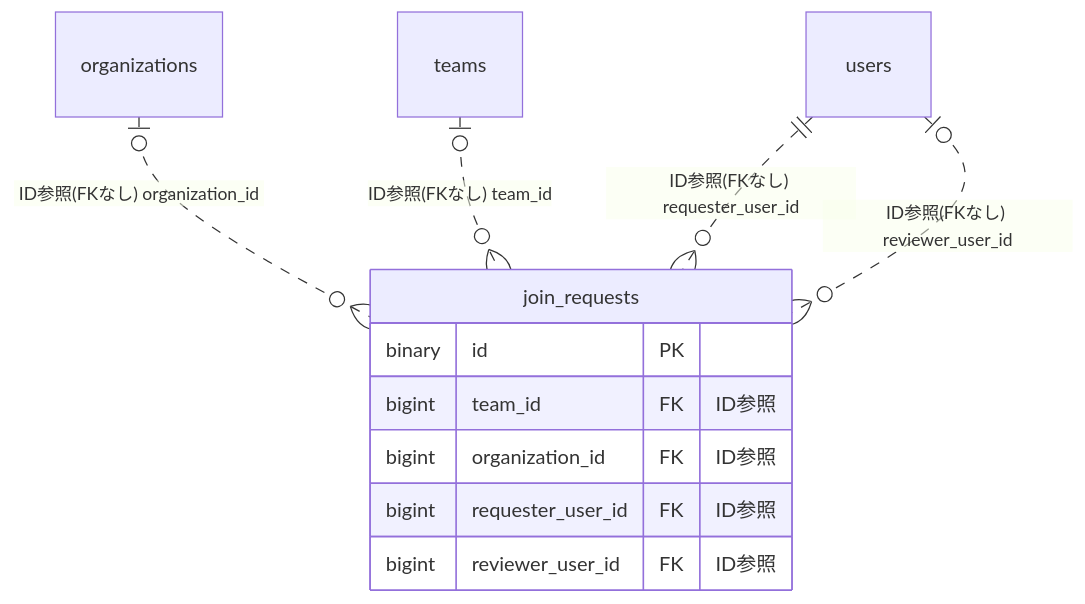
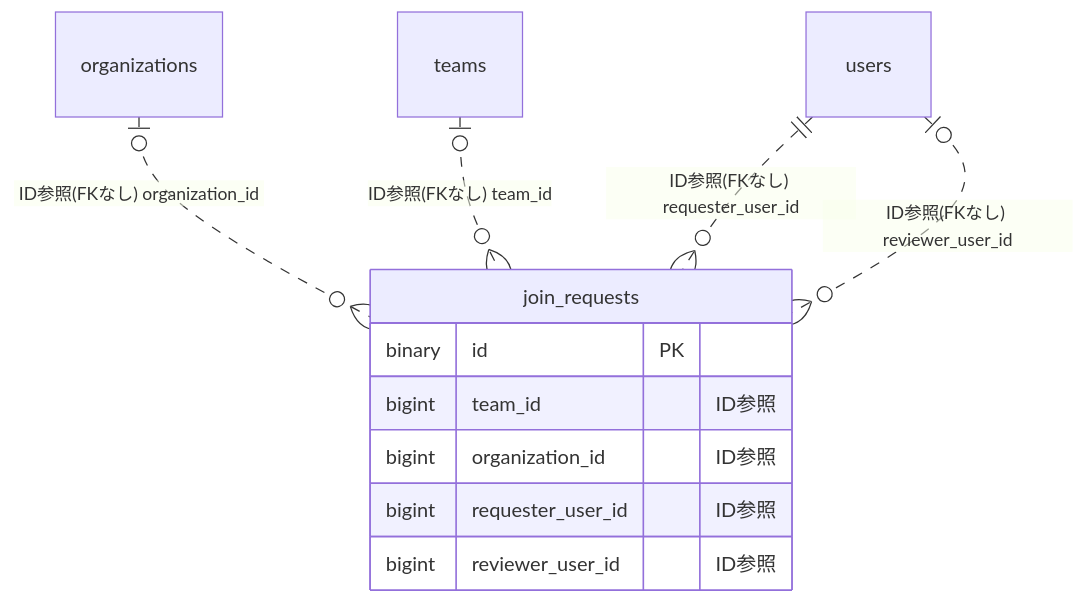
The diagram in docs/architecture/er/joinrequest.md (kenta-0420/mannschaft), drawn with Mermaid before and after one commit. The commit also changed other lines of this file and 115 other files, not shown here.

Commit message:
改善: ER図のFKマーカーを実FKのみに限定し、被参照の逆引き節とREADME凡例を追加 (PR #4268)

````diff
--- a/docs/architecture/er/joinrequest.md
+++ b/docs/architecture/er/joinrequest.md
@@ -12,17 +12,17 @@
 ```mermaid
 erDiagram
     join_requests {
         binary id PK
-        bigint team_id FK "ID参照"
-        bigint organization_id FK "ID参照"
-        bigint requester_user_id FK "ID参照"
-        bigint reviewer_user_id FK "ID参照"
+        bigint team_id "ID参照"
+        bigint organization_id "ID参照"
+        bigint requester_user_id "ID参照"
+        bigint reviewer_user_id "ID参照"
     }
     organizations
     teams
     users
     organizations |o..o{ join_requests : "ID参照(FKなし) organization_id"
     teams |o..o{ join_requests : "ID参照(FKなし) team_id"
     users ||..o{ join_requests : "ID参照(FKなし) requester_user_id"
     users |o..o{ join_requests : "ID参照(FKなし) reviewer_user_id"
 ```
````
